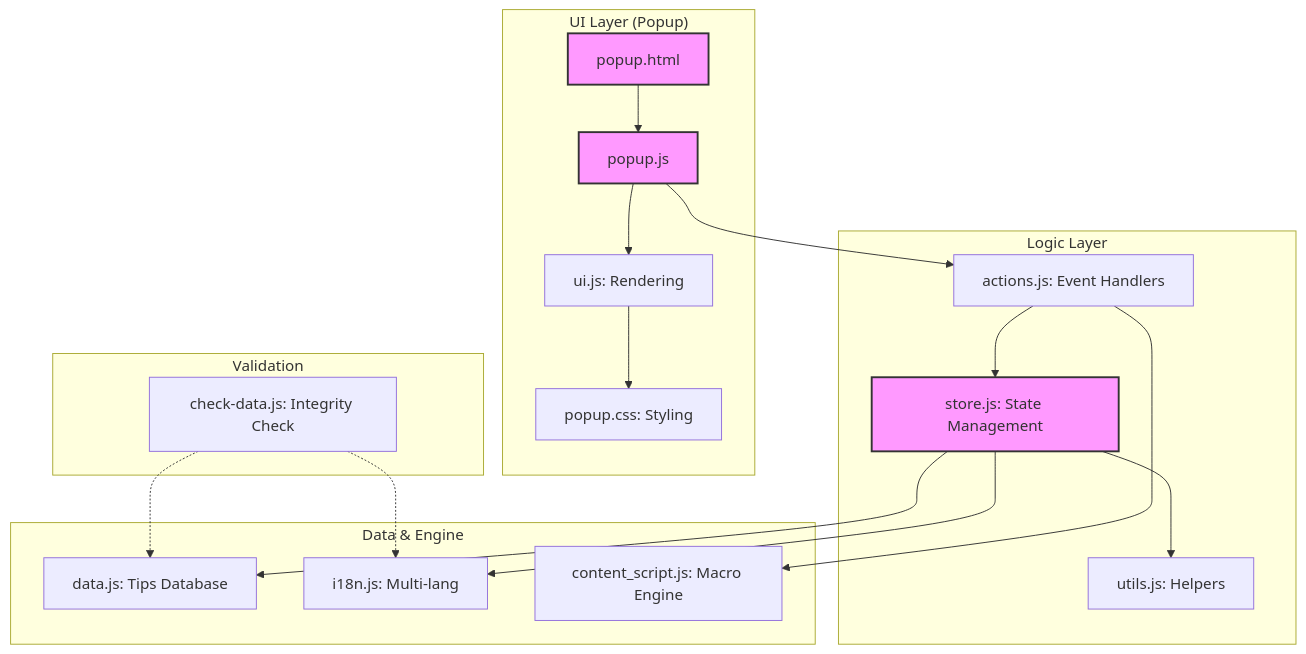
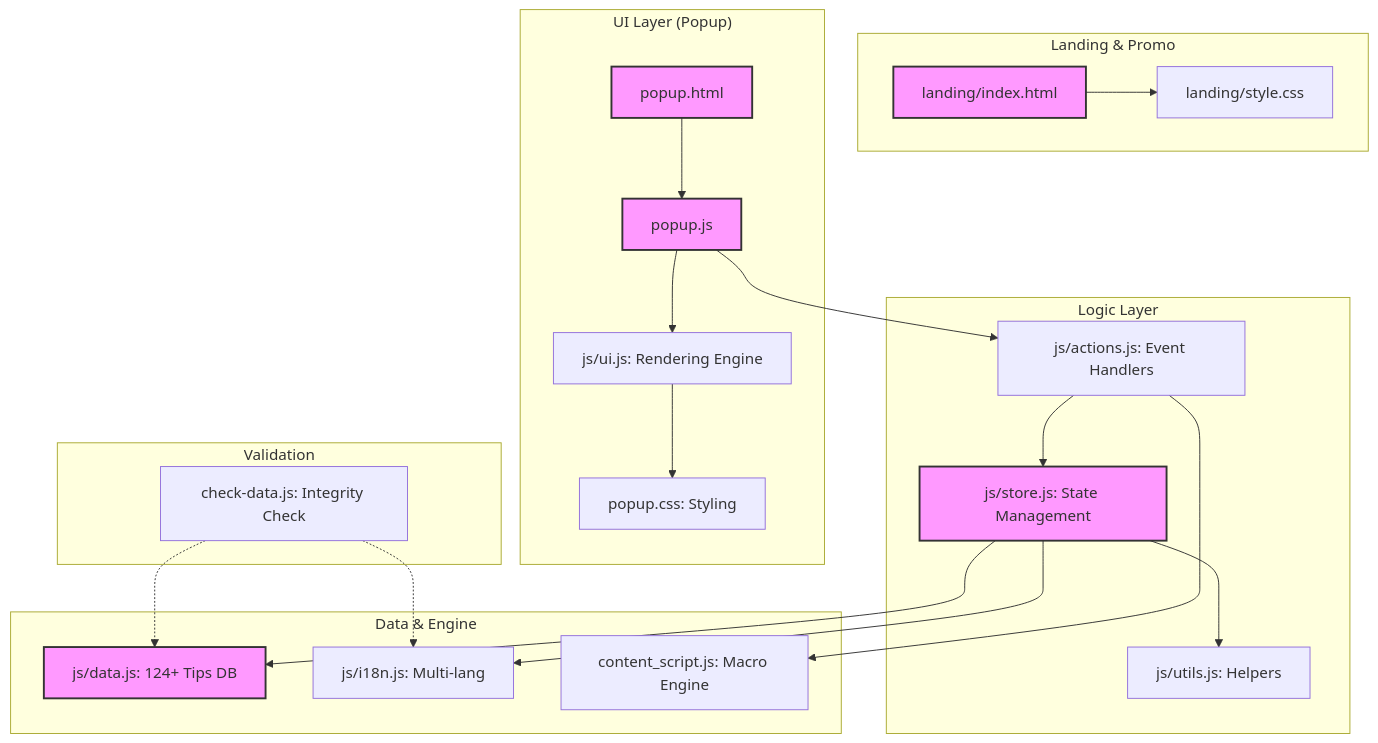
Before and after one commit to baekjunha/my-chrome-guide: the diagram in PROJECT_GUIDE.md, drawn with Mermaid. The commit also changed other lines of this file and 4 other files, not shown here.

````diff
--- a/PROJECT_GUIDE.md
+++ b/PROJECT_GUIDE.md
@@ -11,28 +11,32 @@
 ```mermaid
 graph TD
+    subgraph "Landing & Promo"
+        LP[landing/index.html] --> LC[landing/style.css]
+    end
+
     subgraph "UI Layer (Popup)"
         P[popup.html] --> JS[popup.js]
-        JS --> UI[ui.js: Rendering]
+        JS --> UI[js/ui.js: Rendering Engine]
         UI --> CSS[popup.css: Styling]
     end
 
     subgraph "Logic Layer"
-        JS --> ACT[actions.js: Event Handlers]
-        ACT --> STORE[store.js: State Management]
-        STORE --> UTIL[utils.js: Helpers]
+        JS --> ACT[js/actions.js: Event Handlers]
+        ACT --> STORE[js/store.js: State Management]
+        STORE --> UTIL[js/utils.js: Helpers]
     end
 
     subgraph "Data & Engine"
-        STORE --> DATA[data.js: Tips Database]
-        STORE --> I18N[i18n.js: Multi-lang]
+        STORE --> DATA[js/data.js: 124+ Tips DB]
+        STORE --> I18N[js/i18n.js: Multi-lang]
         ACT --> CS[content_script.js: Macro Engine]
     end
 
     subgraph "Validation"
         CHK[check-data.js: Integrity Check] -.-> DATA
         CHK -.-> I18N
     end
 
     classDef primary fill:#f9f,stroke:#333,stroke-width:2px;
-    class P,JS,STORE primary;
+    class P,JS,STORE,DATA,LP primary;
 ```
````
